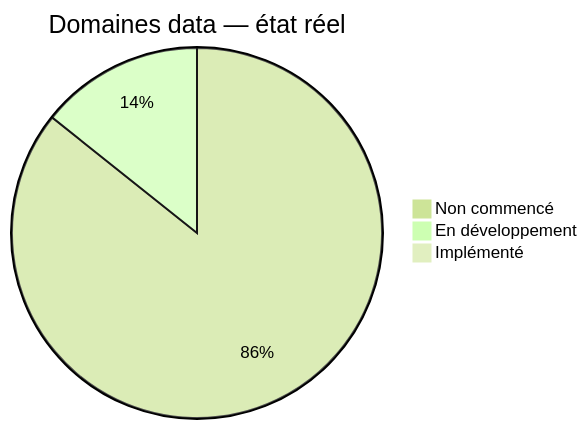
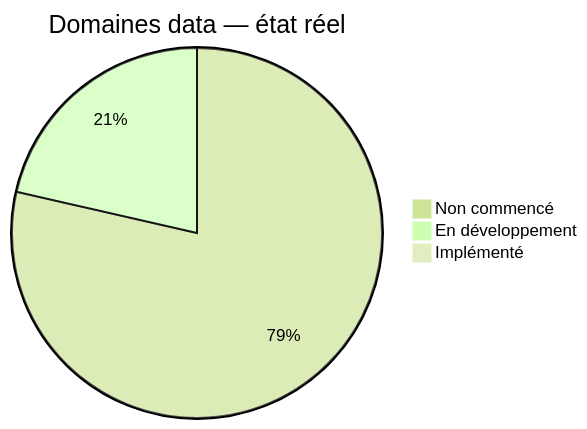
Before and after one commit to JavaChrist/Tai-Chi-AI-Coach: the second of 5 diagrams in docs/runtime/03_DATA_STATUS.md, drawn with Mermaid (forest theme). The commit also changed other lines of this file and 17 other files, not shown here.

````diff
--- a/docs/runtime/03_DATA_STATUS.md
+++ b/docs/runtime/03_DATA_STATUS.md
@@ -102,6 +103,6 @@
 ```mermaid
 pie title Domaines data — état réel
-  "Non commencé" : 12
-  "En développement" : 2
+  "Non commencé" : 11
+  "En développement" : 3
   "Implémenté" : 0
 ```
````
